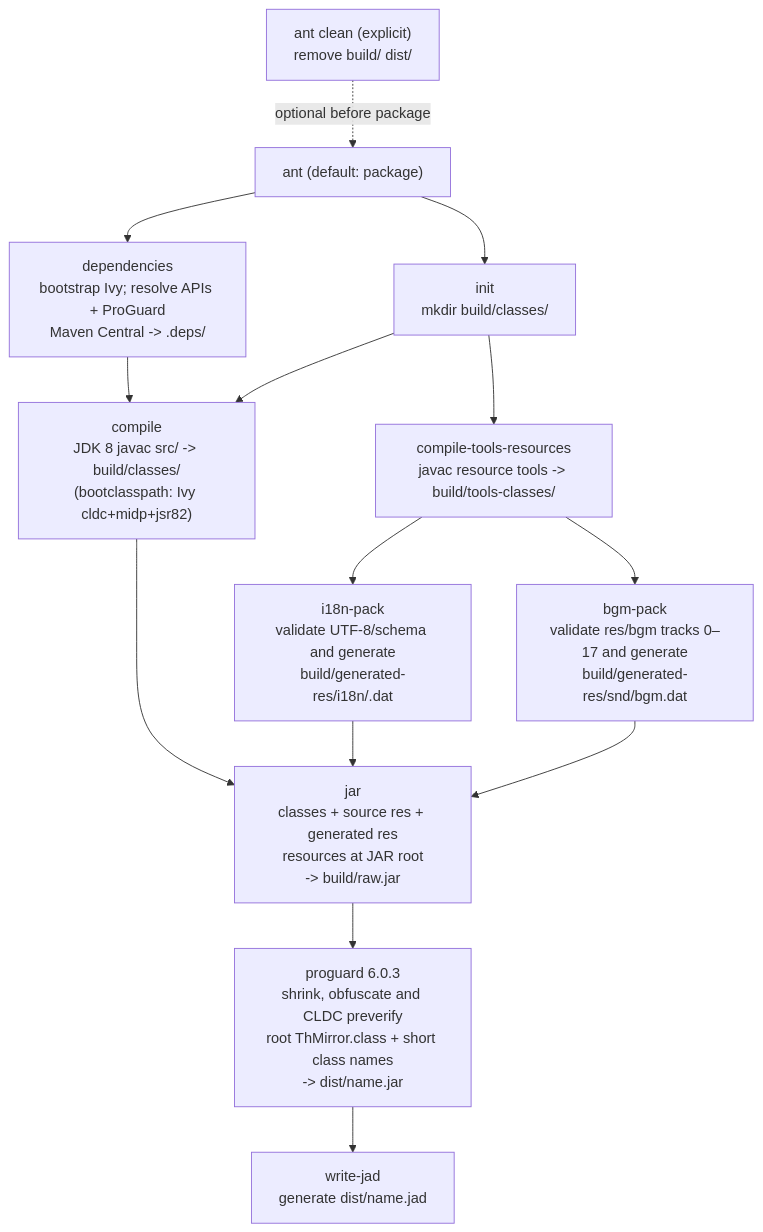
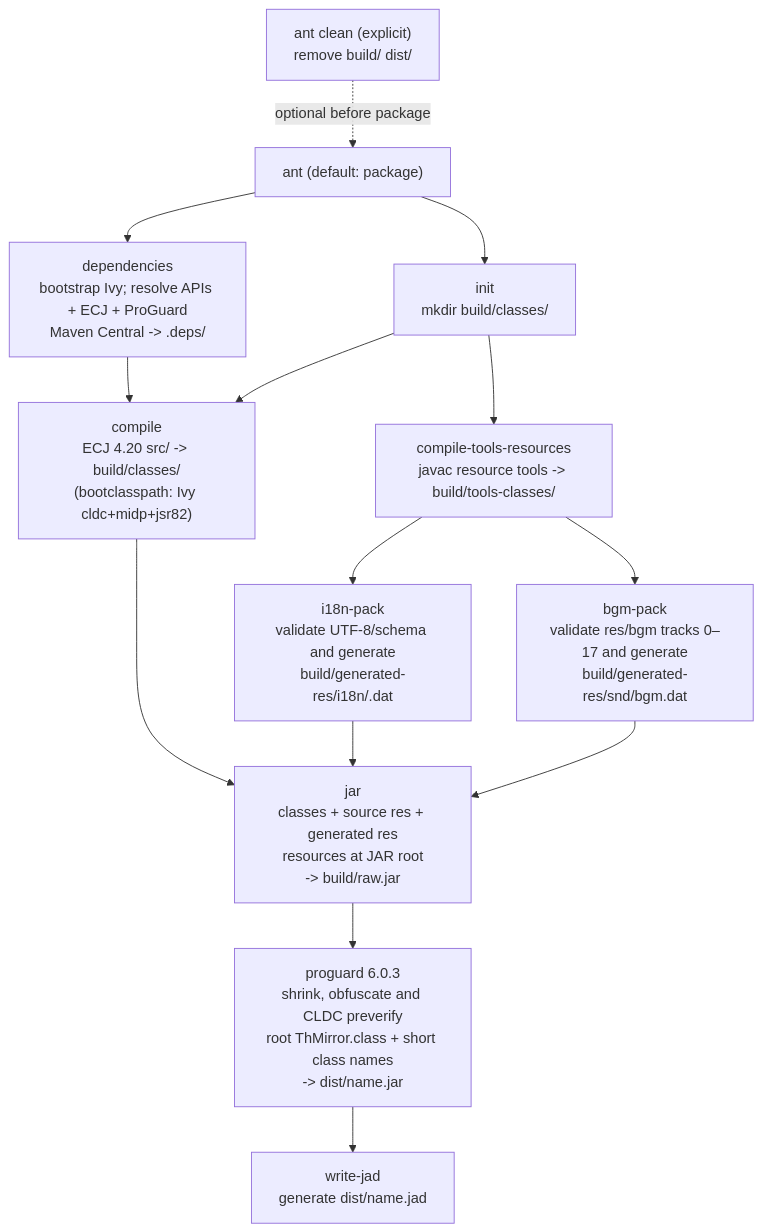
The first of 3 diagrams in docs/tree.md (Magstic/Touhou-Misfortune-Mirror-s-Tale), drawn with Mermaid before and after one commit. The commit also changed other lines of this file and 7 other files, not shown here.

````diff
--- a/docs/tree.md
+++ b/docs/tree.md
@@ -211,18 +210,18 @@
 ```mermaid
 flowchart TD
     CLEAN["ant clean (explicit)<br/>remove build/ dist/"]
     CLEAN -. "optional before package" .-> ANT
     ANT["ant (default: package)"] --> INIT["init<br/>mkdir build/classes/"]
-    ANT --> DEPS["dependencies<br/>bootstrap Ivy; resolve APIs + ProGuard<br/>Maven Central -> .deps/"]
+    ANT --> DEPS["dependencies<br/>bootstrap Ivy; resolve APIs + ECJ + ProGuard<br/>Maven Central -> .deps/"]
     DEPS --> COMPILE
-    INIT --> COMPILE["compile<br/>JDK 8 javac src/ -> build/classes/<br/>(bootclasspath: Ivy cldc+midp+jsr82)"]
+    INIT --> COMPILE["compile<br/>ECJ 4.20 src/ -> build/classes/<br/>(bootclasspath: Ivy cldc+midp+jsr82)"]
     INIT --> TOOLS["compile-tools-resources<br/>javac resource tools -> build/tools-classes/"]
     TOOLS --> I18N["i18n-pack<br/>validate UTF-8/schema and generate<br/>build/generated-res/i18n/<lang>.dat"]
     TOOLS --> BGM["bgm-pack<br/>validate res/bgm tracks 0–17 and generate<br/>build/generated-res/snd/bgm.dat"]
     COMPILE --> JAR
     I18N --> JAR
     BGM --> JAR
     JAR["jar<br/>classes + source res + generated res<br/>resources at JAR root<br/>-> build/raw.jar"] --> PG
     PG["proguard 6.0.3<br/>shrink, obfuscate and CLDC preverify<br/>root ThMirror.class + short class names<br/>-> dist/name.jar"] --> JAD
     JAD["write-jad<br/>generate dist/name.jad"]
 ```
````
